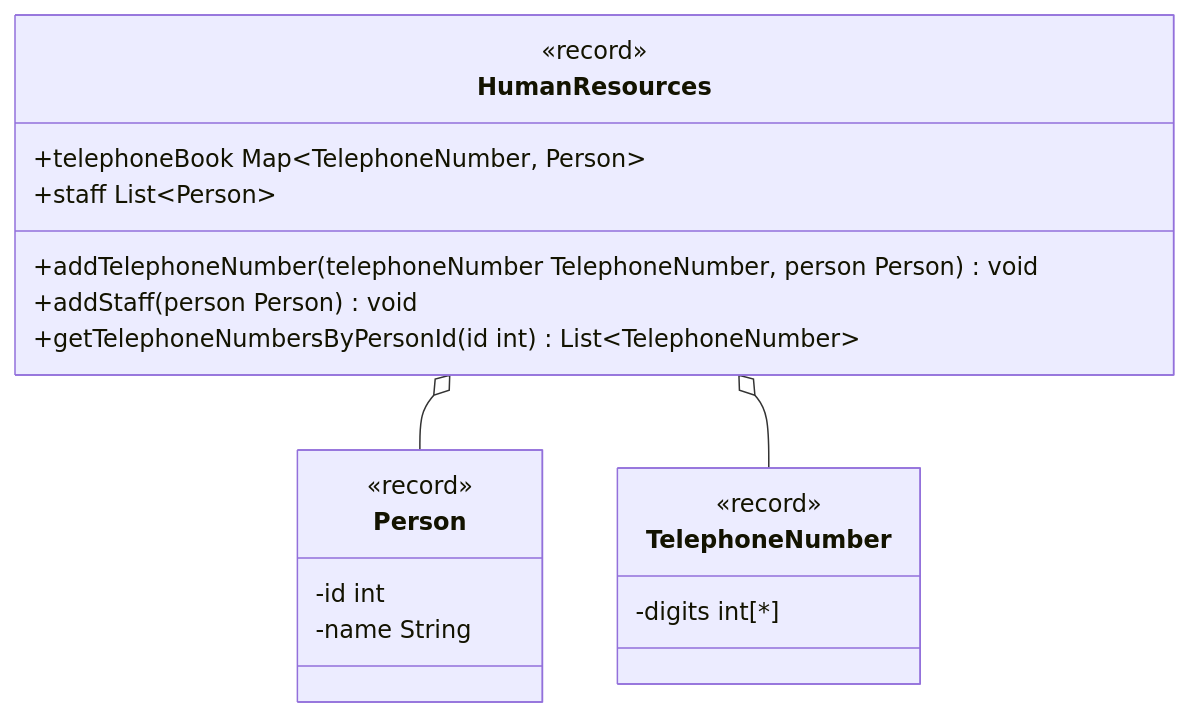
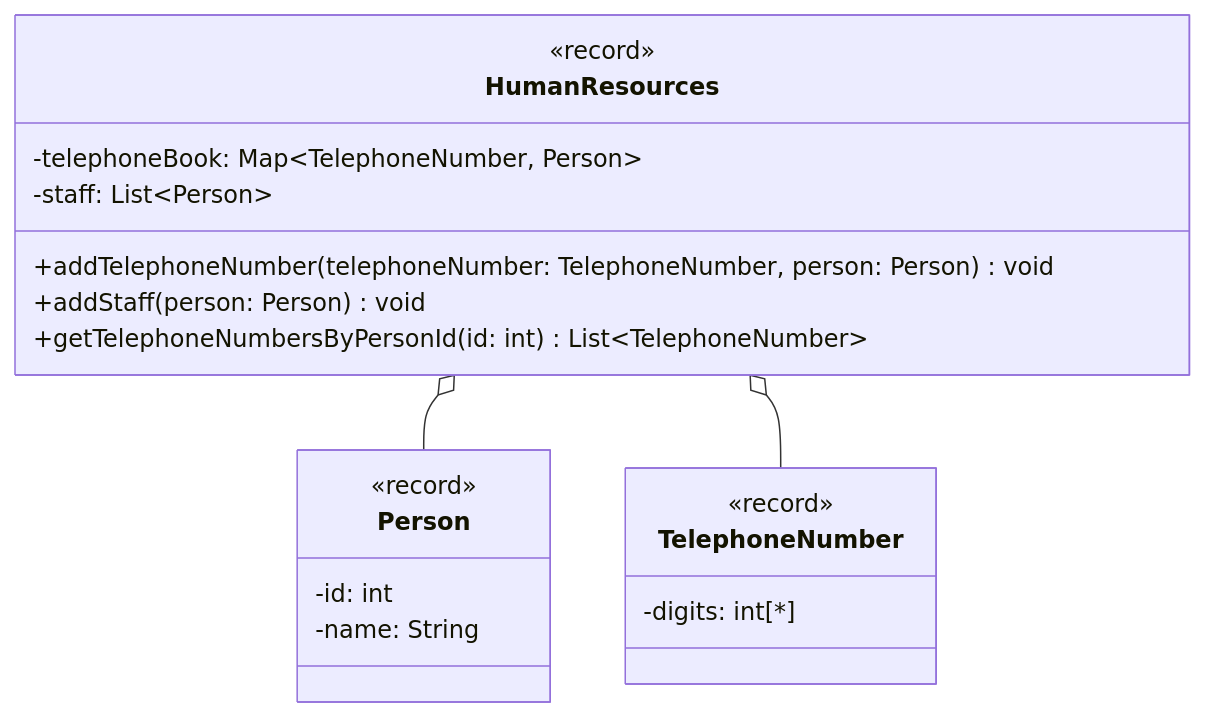
Before and after one commit to jappuccini/java-docs: the diagram in docs/exam-exercises/exam-exercises-java2/human-resources.md, drawn with Mermaid. The commit also changed other lines of this file and 76 other files, not shown here.

Commit message:
uml fixes (colons, properties), headline fixes (italic) and exam result updates

````diff
--- a/docs/exam-exercises/exam-exercises-java2/human-resources.md
+++ b/docs/exam-exercises/exam-exercises-java2/human-resources.md
@@ -12,25 +12,25 @@
 ```mermaid
 classDiagram
     HumanResources o-- Person
     HumanResources o-- TelephoneNumber
 
     class HumanResources {
         <<record>>
-        +telephoneBook Map~TelephoneNumber&sbquo; Person~
-        +staff List~Person~
-        +addTelephoneNumber(telephoneNumber TelephoneNumber, person Person) void
-        +addStaff(person Person) void
-        +getTelephoneNumbersByPersonId(id int) List~TelephoneNumber~
+        -telephoneBook: Map~TelephoneNumber, Person~
+        -staff: List~Person~
+        +addTelephoneNumber(telephoneNumber: TelephoneNumber, person: Person) void
+        +addStaff(person: Person) void
+        +getTelephoneNumbersByPersonId(id: int) List~TelephoneNumber~
     }
 
     class Person {
         <<record>>
-        -id int
-        -name String
+        -id: int
+        -name: String
     }
 
     class TelephoneNumber {
         <<record>>
-        -digits int[*]
+        -digits: int[*]
     }
 ```
````
